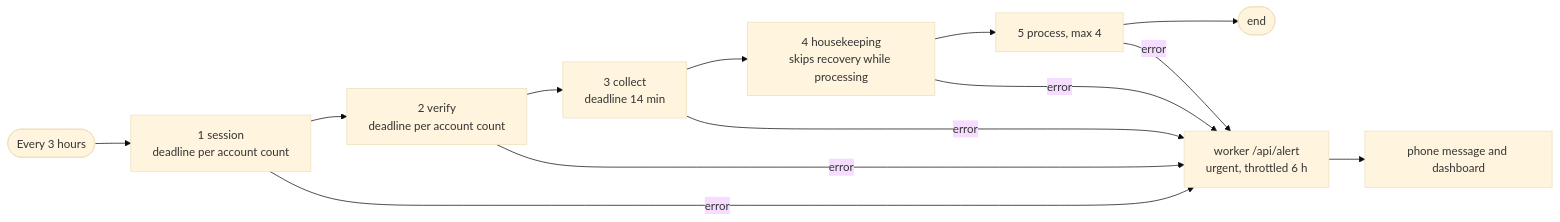
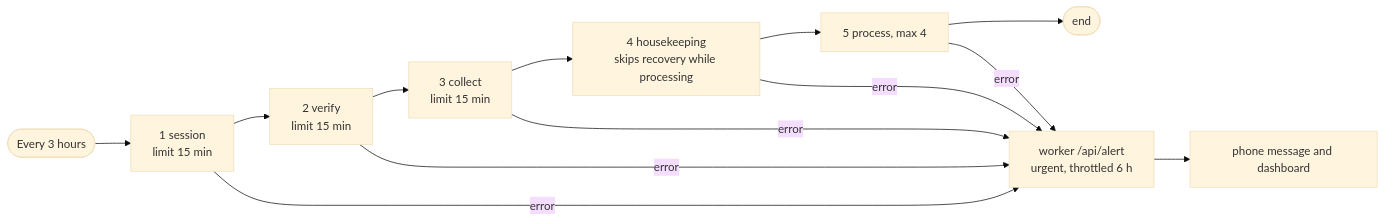
The diagram in docs/ROADMAP.md (Thuy200226/trendvn), drawn with Mermaid (base theme) before and after one commit. The commit also changed other lines of this file and 5 other files, not shown here.

````diff
--- a/docs/ROADMAP.md
+++ b/docs/ROADMAP.md
@@ -235,10 +235,10 @@
 ```mermaid
 flowchart LR
-  T(["Every 3 hours"]) --> S["1 session<br/>deadline per account count"] --> V["2 verify<br/>deadline per account count"] --> C["3 collect<br/>deadline 14 min"] --> H["4 housekeeping<br/>skips recovery while processing"] --> P["5 process, max 4"] --> E(["end"])
+  T(["Every 3 hours"]) --> S["1 session<br/>limit 15 min"] --> V["2 verify<br/>limit 15 min"] --> C["3 collect<br/>limit 15 min"] --> H["4 housekeeping<br/>skips recovery while processing"] --> P["5 process, max 4"] --> E(["end"])
   S -- error --> A["worker /api/alert<br/>urgent, throttled 6 h"]
   V -- error --> A
   C -- error --> A
   H -- error --> A
   P -- error --> A
   A --> N["phone message and dashboard"]
 ```
````
